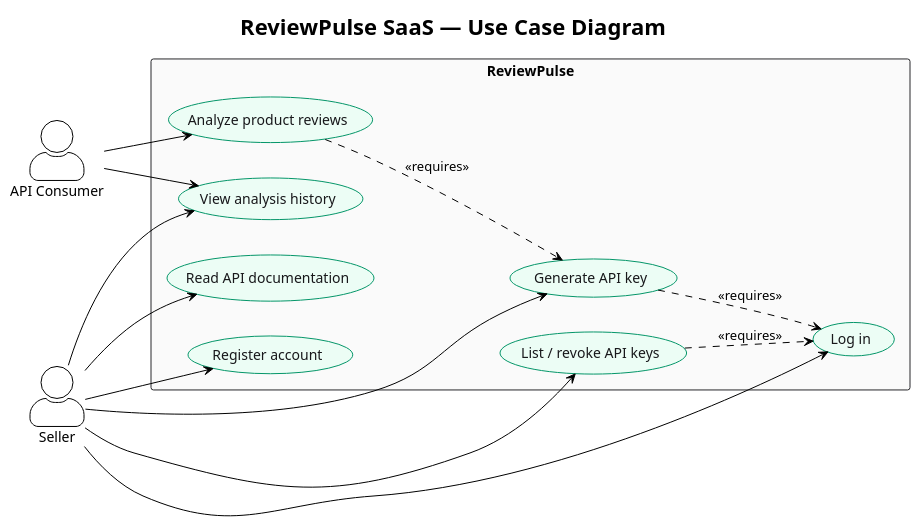
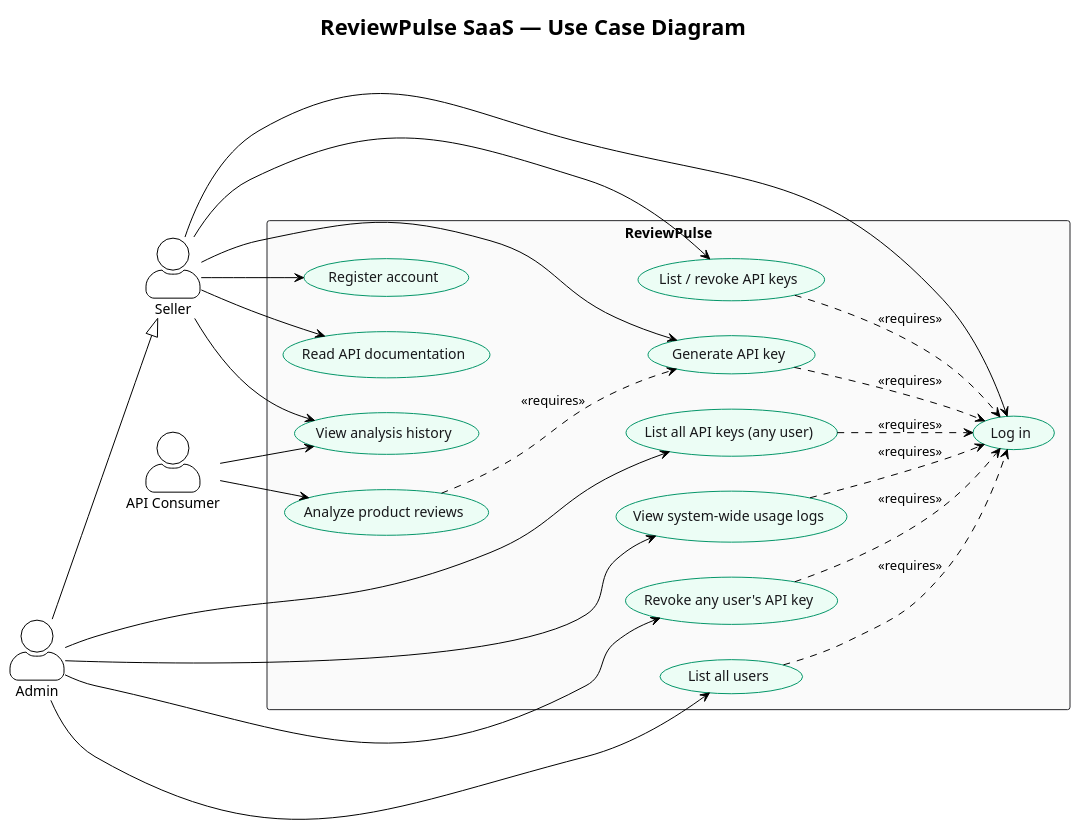
One commit to Kysohee18/046_PAW_TUBES changed the diagram in documentation/usecase/usecase.puml. Above: the diagram before and after it, drawn with PlantUML. The commit also changed 2 other files, not shown here.

Commit message:
docs: reflect admin feature in README and use case diagram
README: add Admin row to user roles table, new Admin-only endpoints
table (GET /admin/users, /admin/api-keys, /admin/usage-logs, DELETE
/admin/api-keys/:keyId). Use case diagram: add Admin actor generalizing
Seller (inherits all Seller use cases) plus four admin-only ones, each
requiring login same as the rest.

```diff
--- a/documentation/usecase/usecase.puml
+++ b/documentation/usecase/usecase.puml
@@ -1,44 +1,59 @@
 @startuml usecase
 !theme plain
 left to right direction
 skinparam backgroundColor #FFFFFF
 skinparam actorStyle awesome
 skinparam usecase {
   BackgroundColor #ECFDF5
   BorderColor #059669
   FontColor #18181B
 }
 skinparam rectangle {
   BackgroundColor #FAFAFA
   BorderColor #27272A
 }
 
 title ReviewPulse SaaS — Use Case Diagram
 
 actor "Seller" as Seller
 actor "API Consumer" as Consumer
+actor "Admin" as Admin
 
 rectangle "ReviewPulse" {
   usecase "Register account" as UC1
   usecase "Log in" as UC2
   usecase "Generate API key" as UC3
   usecase "List / revoke API keys" as UC4
   usecase "Analyze product reviews" as UC5
   usecase "View analysis history" as UC6
   usecase "Read API documentation" as UC7
+  usecase "List all users" as UC8
+  usecase "List all API keys (any user)" as UC9
+  usecase "View system-wide usage logs" as UC10
+  usecase "Revoke any user's API key" as UC11
 }
 
 Seller --> UC1
 Seller --> UC2
 Seller --> UC3
 Seller --> UC4
 Seller --> UC6
 Seller --> UC7
 Consumer --> UC5
 Consumer --> UC6
 
+Admin --|> Seller
+Admin --> UC8
+Admin --> UC9
+Admin --> UC10
+Admin --> UC11
+
 UC3 ..> UC2 : <<requires>>
 UC4 ..> UC2 : <<requires>>
 UC5 ..> UC3 : <<requires>>
+UC8 ..> UC2 : <<requires>>
+UC9 ..> UC2 : <<requires>>
+UC10 ..> UC2 : <<requires>>
+UC11 ..> UC2 : <<requires>>
 
 @enduml
```
